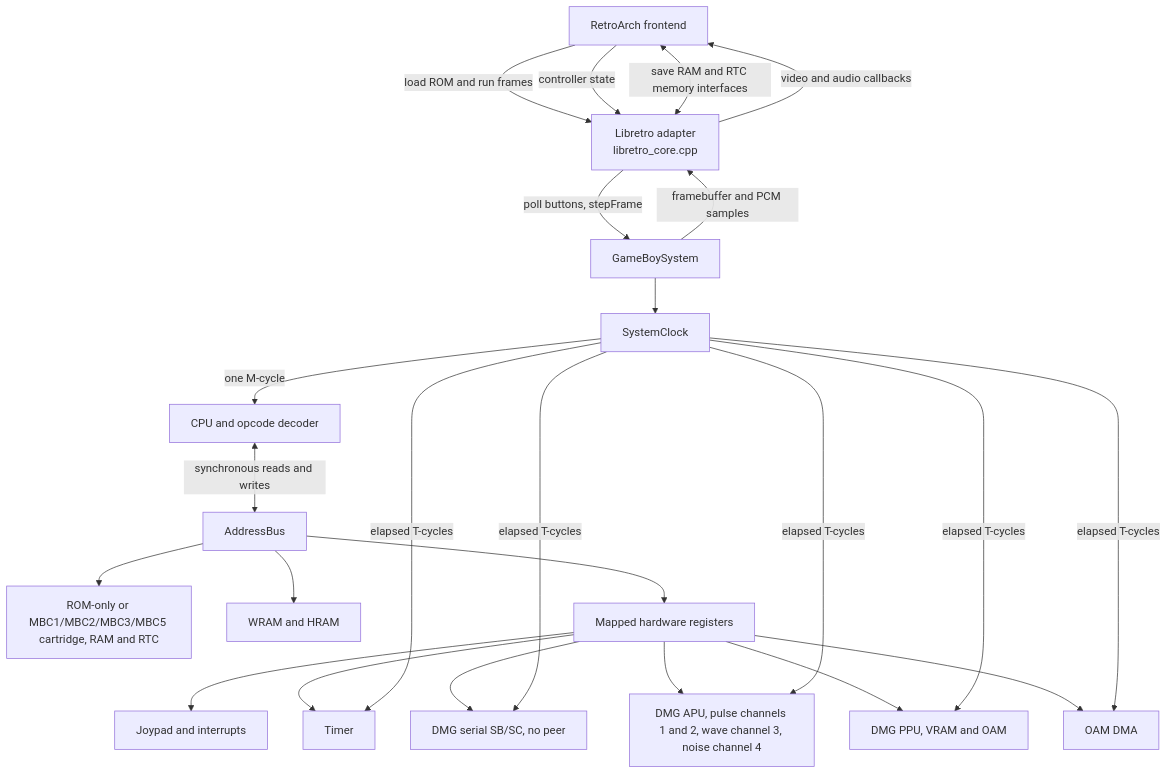
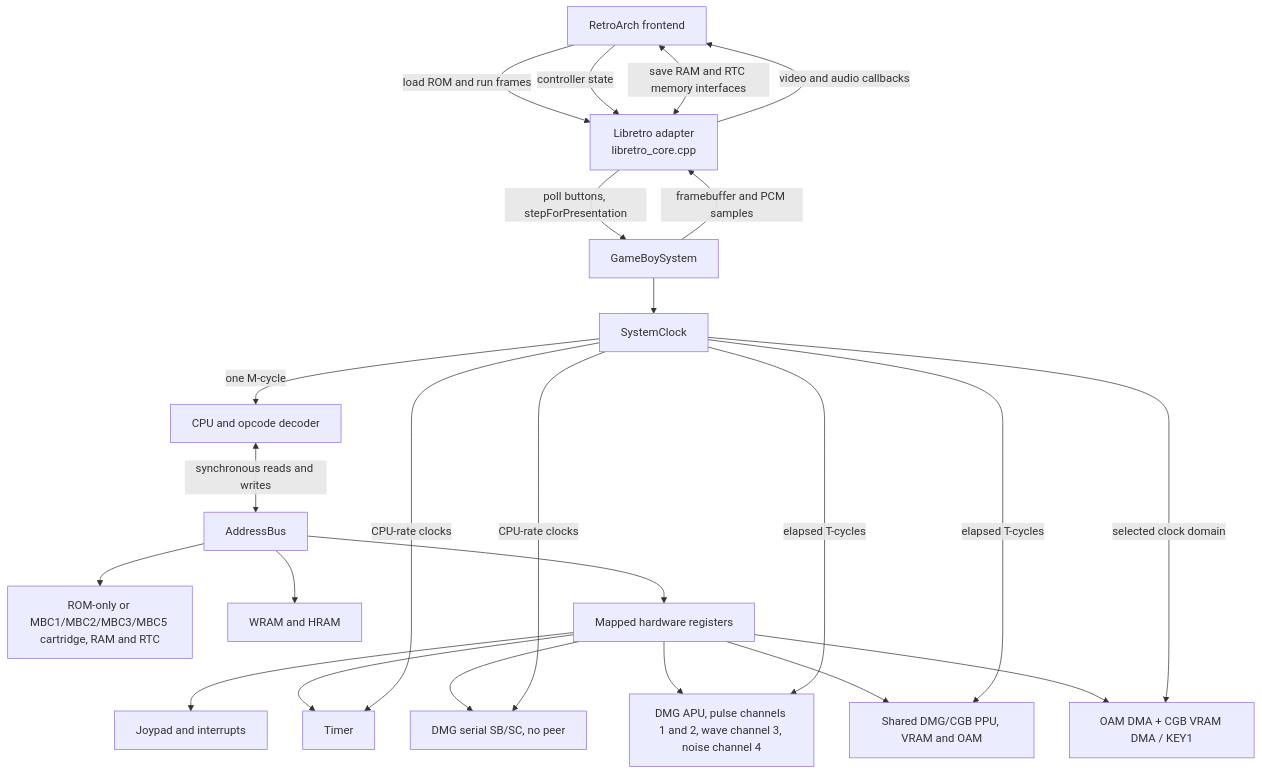
One commit to jiayeli-hualien/LotusGB changed the first of 2 diagrams in docs/architecture.md. Above: the diagram before and after it, drawn with Mermaid. The commit also changed other lines of this file and 67 other files, not shown here.

````diff
--- a/docs/architecture.md
+++ b/docs/architecture.md
@@ -27,30 +30,30 @@
 ```mermaid
 flowchart TD
     RA[RetroArch frontend] -->|load ROM and run frames| LR[Libretro adapter<br/>libretro_core.cpp]
     RA -->|controller state| LR
-    LR -->|poll buttons, stepFrame| SYS[GameBoySystem]
+    LR -->|poll buttons, stepForPresentation| SYS[GameBoySystem]
 
     SYS --> CLOCK[SystemClock]
     CLOCK -->|one M-cycle| CPU[CPU and opcode decoder]
     CPU <-->|synchronous reads and writes| BUS[AddressBus]
 
     BUS --> CART[ROM-only or MBC1/MBC2/MBC3/MBC5 cartridge, RAM and RTC]
     BUS --> RAM[WRAM and HRAM]
     BUS --> IO[Mapped hardware registers]
     IO --> JOY[Joypad and interrupts]
     IO --> TIMER[Timer]
     IO --> SERIAL[DMG serial SB/SC, no peer]
     IO --> APU[DMG APU, pulse channels 1 and 2, wave channel 3, noise channel 4]
-    IO --> PPU[DMG PPU, VRAM and OAM]
-    IO --> DMA[OAM DMA]
+    IO --> PPU[Shared DMG/CGB PPU, VRAM and OAM]
+    IO --> DMA[OAM DMA + CGB VRAM DMA / KEY1]
 
-    CLOCK -->|elapsed T-cycles| SERIAL
-    CLOCK -->|elapsed T-cycles| TIMER
+    CLOCK -->|CPU-rate clocks| SERIAL
+    CLOCK -->|CPU-rate clocks| TIMER
     CLOCK -->|elapsed T-cycles| APU
     CLOCK -->|elapsed T-cycles| PPU
-    CLOCK -->|elapsed T-cycles| DMA
+    CLOCK -->|selected clock domain| DMA
 
     SYS -->|framebuffer and PCM samples| LR
     RA <-->|save RAM and RTC memory interfaces| LR
     LR -->|video and audio callbacks| RA
 ```
````
